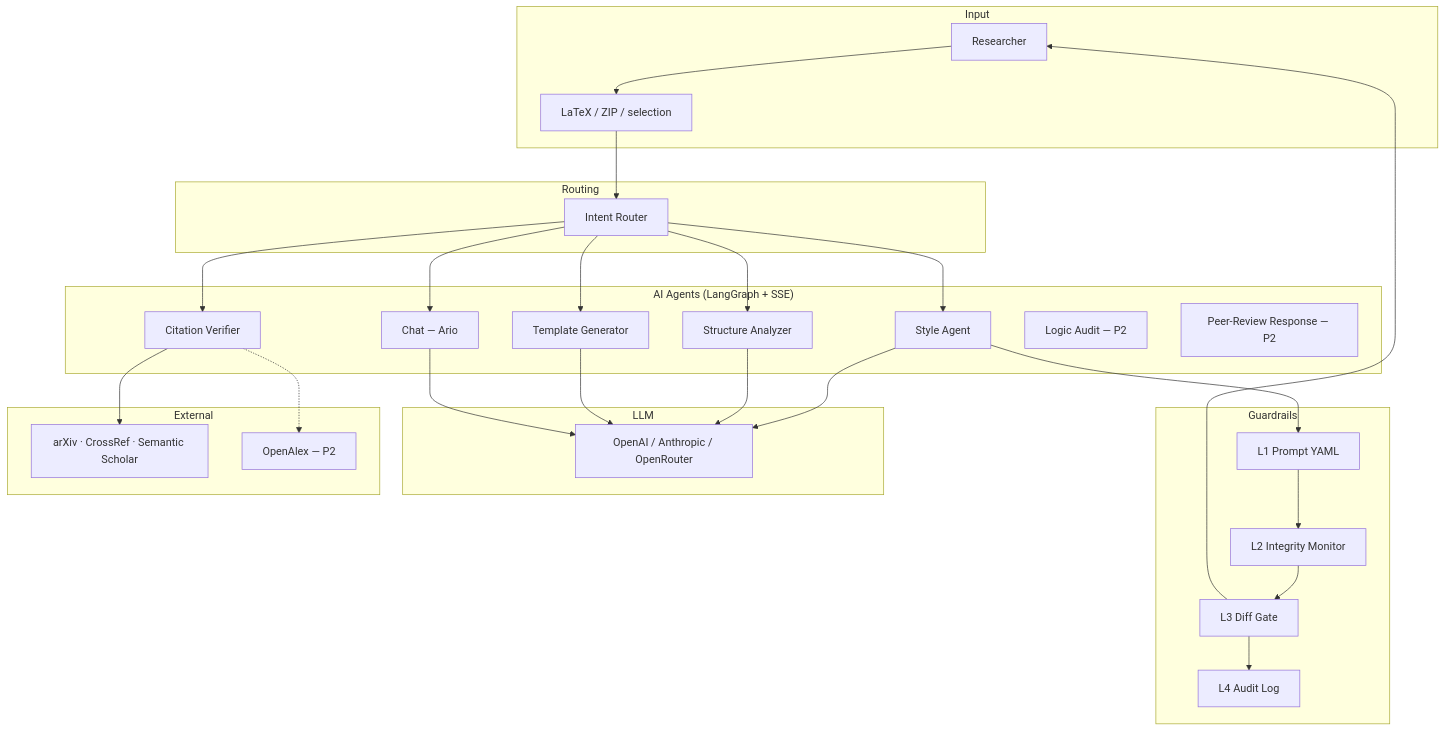
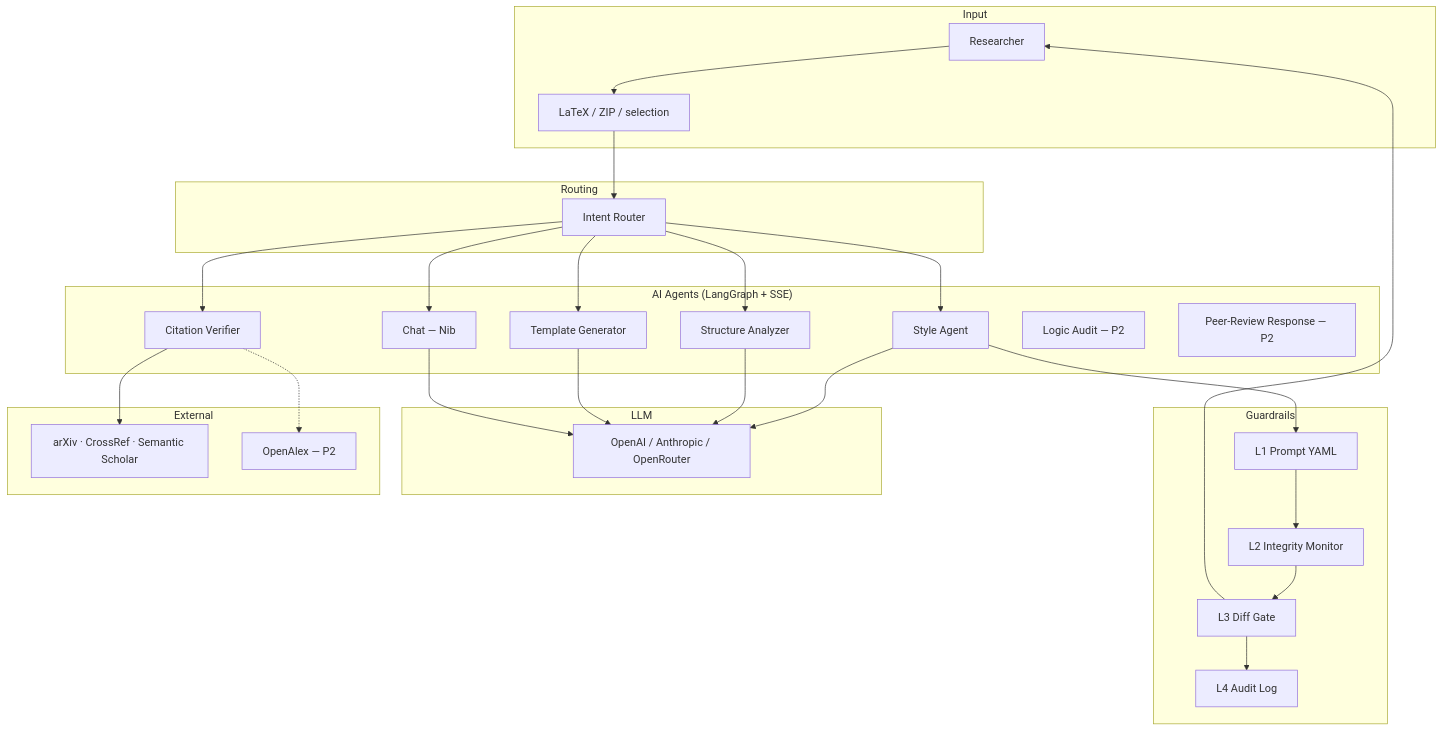
Before and after one commit to Tai-TZ/arionear-ai-paper-editor: the first of 2 diagrams in ROADMAP.md, drawn with Mermaid. The commit also changed other lines of this file and 155 other files, not shown here.

````diff
--- a/ROADMAP.md
+++ b/ROADMAP.md
@@ -63,45 +63,45 @@
 ```mermaid
 flowchart TB
     subgraph Input
         U[Researcher]
         DOC[LaTeX / ZIP / selection]
     end
 
     subgraph Routing
         IR[Intent Router]
     end
 
     subgraph Agents["AI Agents (LangGraph + SSE)"]
         A1[Style Agent]
         A2[Structure Analyzer]
         A3[Citation Verifier]
         A4[Template Generator]
-        A5[Chat — Ario]
+        A5[Chat — Nib]
         A6[Logic Audit — P2]
         A7[Peer-Review Response — P2]
     end
 
     subgraph Guardrails
         L1[L1 Prompt YAML]
         L2[L2 Integrity Monitor]
         L3[L3 Diff Gate]
         L4[L4 Audit Log]
     end
 
     subgraph LLM
         P[OpenAI / Anthropic / OpenRouter]
     end
 
     subgraph External
         E1[arXiv · CrossRef · Semantic Scholar]
         E2[OpenAlex — P2]
     end
 
     U --> DOC --> IR
     IR --> A1 & A2 & A3 & A4 & A5
     A1 & A2 & A4 & A5 --> P
     A3 --> E1
     A3 -.-> E2
     A1 --> L1 --> L2 --> L3 --> L4
     L3 --> U
 ```
````
